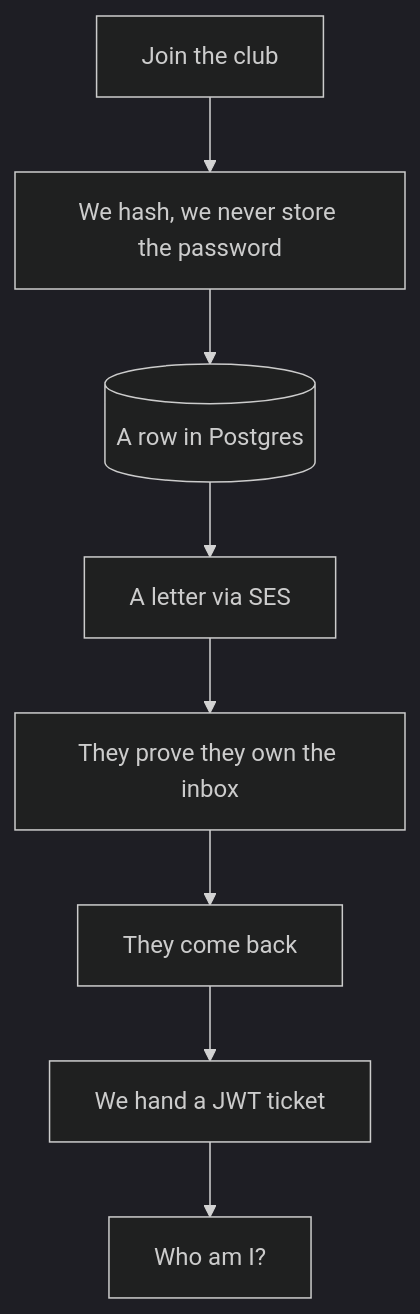
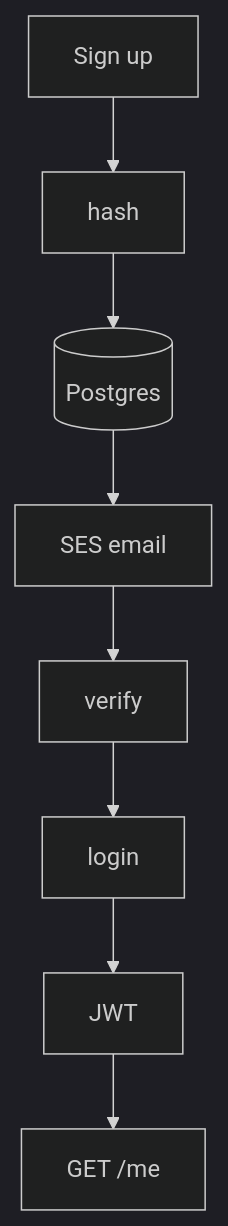
Before and after one commit to sreecharan-desu/hackx-slides: the diagram in content/tracks/backend-from-zero/lessons/09-auth-flow-big-picture.md, drawn with Mermaid (dark theme). The commit also changed other lines of this file and 35 other files, not shown here.

````diff
--- a/content/tracks/backend-from-zero/lessons/09-auth-flow-big-picture.md
+++ b/content/tracks/backend-from-zero/lessons/09-auth-flow-big-picture.md
@@ -12,10 +12,10 @@
 ```mermaid
 flowchart TB
-  R[Join the club] --> H[We hash, we never store the password]
-  H --> U[(A row in Postgres)]
-  U --> M[A letter via SES]
-  M --> V[They prove they own the inbox]
-  V --> L[They come back]
-  L --> J[We hand a JWT ticket]
-  J --> ME[Who am I?]
+  R[Sign up] --> H[hash]
+  H --> U[(Postgres)]
+  U --> M[SES email]
+  M --> V[verify]
+  V --> L[login]
+  L --> J[JWT]
+  J --> ME[GET /me]
 ```
````
